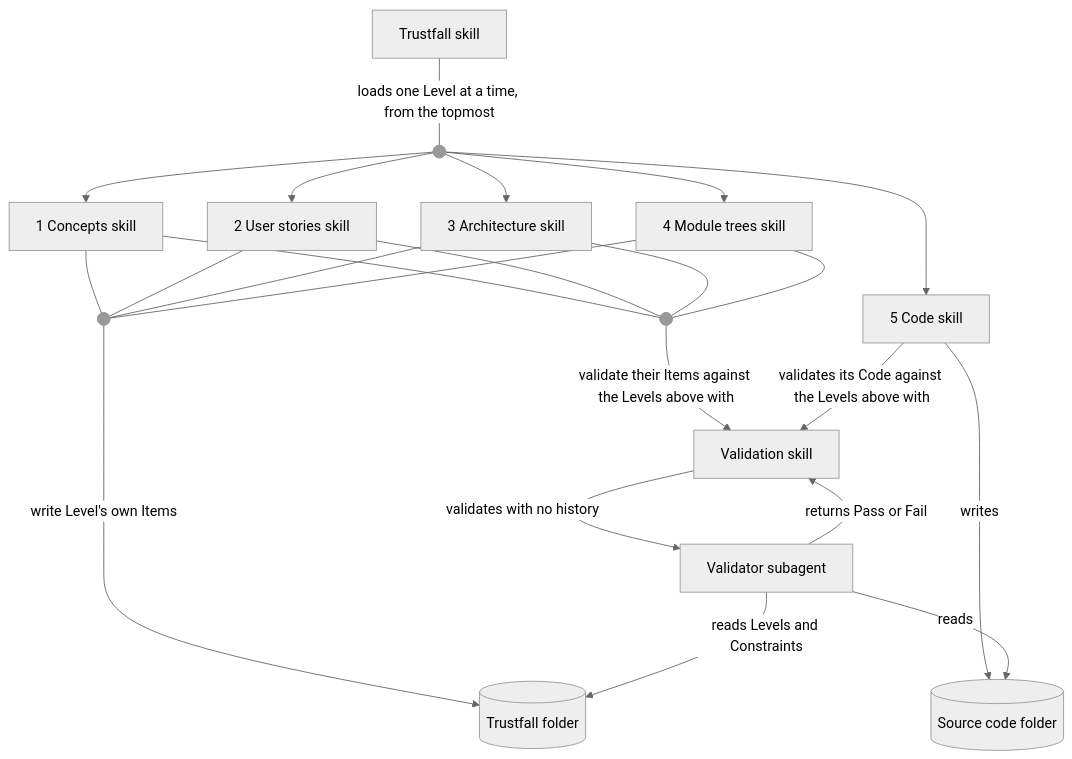
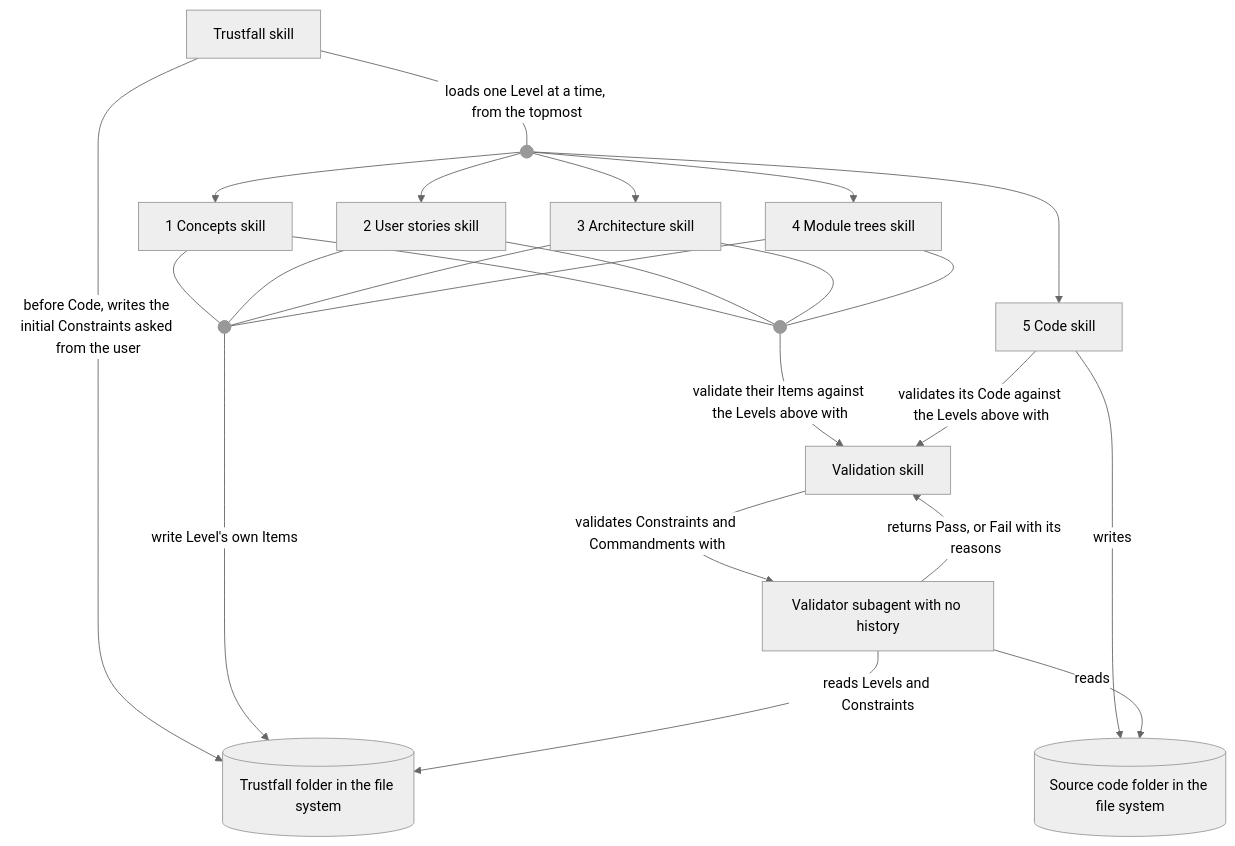
The diagram in trustfall/3-architecture.md (jehna/trustfall), drawn with Mermaid (neutral theme) before and after one commit. The commit also changed 2 other files, not shown here.

Commit message:
Architecture: validation fixes, Constraints asked before Code

````diff
--- a/trustfall/3-architecture.md
+++ b/trustfall/3-architecture.md
@@ -3,29 +3,29 @@
 ```mermaid
 flowchart TD
   trustfall[Trustfall skill]
   load@{ shape: f-circ }
   concepts[1 Concepts skill]
   stories[2 User stories skill]
   architecture[3 Architecture skill]
   modules[4 Module trees skill]
   code[5 Code skill]
   write@{ shape: f-circ }
   check@{ shape: f-circ }
   validation[Validation skill]
-  levels[(Trustfall folder)]
-  source[(Source code folder)]
-  subagent[Validator subagent]
+  levels[(Trustfall folder in the file system)]
+  source[(Source code folder in the file system)]
+  subagent[Validator subagent with no history]
   trustfall -- loads one Level at a time, from the topmost --- load
   load --> concepts & stories & architecture & modules & code
+  trustfall -- before Code, writes the initial Constraints asked from the user --> levels
   concepts & stories & architecture & modules --- write
   write -- write Level's own Items --> levels
-  %%code -- reads all the Levels --> levels
   code -- writes --> source
   concepts & stories & architecture & modules --- check
   check -- validate their Items against the Levels above with --> validation
   code -- validates its Code against the Levels above with --> validation
-  validation -- validates with no history --> subagent
+  validation -- validates Constraints and Commandments with --> subagent
   subagent -- reads Levels and Constraints --> levels
   subagent -- reads --> source
-  subagent -- returns Pass or Fail --> validation
+  subagent -- returns Pass, or Fail with its reasons --> validation
 ```
````
